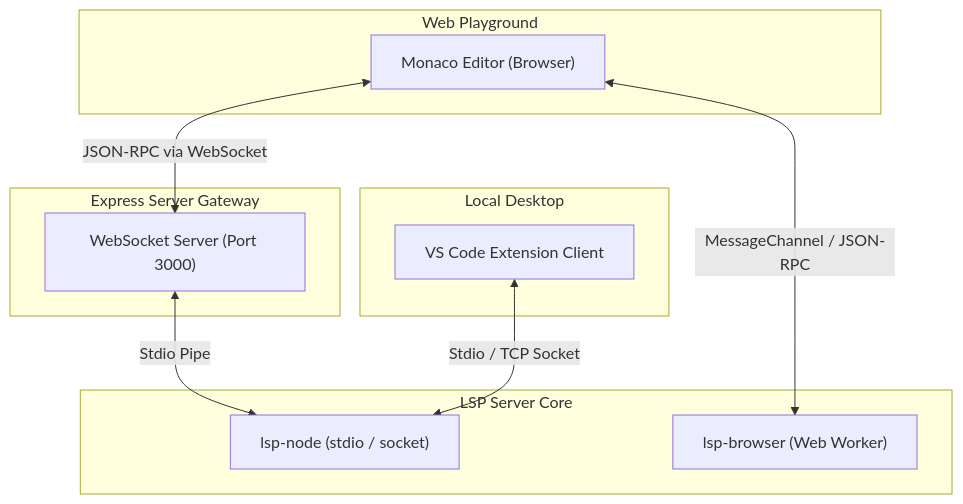
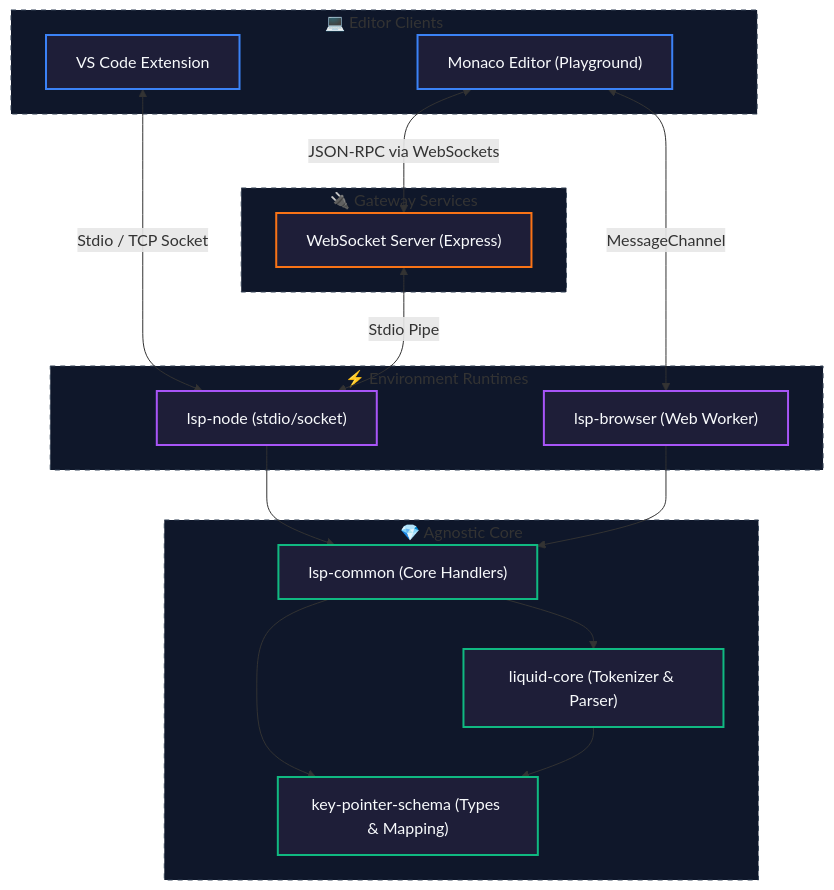
The diagram in README.md (sonuKumar03/liquid-lsp), drawn with Mermaid before and after one commit. The commit also changed other lines of this file, not shown here.

Commit message:
docs: beautify core README.md with grouped feature matrix and styled architecture diagram

````diff
--- a/README.md
+++ b/README.md
@@ -19,24 +23,46 @@
 ```mermaid
 flowchart TD
-    subgraph Browser ["Web Playground"]
-        Monaco["Monaco Editor (Browser)"]
+    %% Custom Styling
+    classDef client fill:#1e1e38,stroke:#3b82f6,stroke-width:2px,color:#f8fafc;
+    classDef gateway fill:#1e1e38,stroke:#f97316,stroke-width:2px,color:#f8fafc;
+    classDef runtime fill:#1e1e38,stroke:#a855f7,stroke-width:2px,color:#f8fafc;
+    classDef core fill:#1e1e38,stroke:#10b981,stroke-width:2px,color:#f8fafc;
+
+    subgraph Clients ["💻 Editor Clients"]
+        VSC["VS Code Extension"]:::client
+        Monaco["Monaco Editor (Playground)"]:::client
     end
 
-    subgraph Editor ["Local Desktop"]
-        VSC["VS Code Extension Client"]
+    subgraph Gateway ["🔌 Gateway Services"]
+        WS["WebSocket Server (Express)"]:::gateway
     end
 
-    subgraph Gateway ["Express Server Gateway"]
-        WS["WebSocket Server (Port 3000)"]
+    subgraph Runtimes ["⚡ Environment Runtimes"]
+        LSPNode["lsp-node (stdio/socket)"]:::runtime
+        Worker["lsp-browser (Web Worker)"]:::runtime
     end
 
-    subgraph Engine ["LSP Server Core"]
-        LSP["lsp-node (stdio / socket)"]
-        Worker["lsp-browser (Web Worker)"]
+    subgraph CoreEngine ["💎 Agnostic Core"]
+        LSPCommon["lsp-common (Core Handlers)"]:::core
+        LiquidCore["liquid-core (Tokenizer & Parser)"]:::core
+        Schema["key-pointer-schema (Types & Mapping)"]:::core
     end
 
-    Monaco <-->|"MessageChannel / JSON-RPC"| Worker
-    Monaco <-->|"JSON-RPC via WebSocket"| WS
-    WS <-->|"Stdio Pipe"| LSP
-    VSC <-->|"Stdio / TCP Socket"| LSP
+    %% Client communication
+    VSC <-->|"Stdio / TCP Socket"| LSPNode
+    Monaco <-->|"JSON-RPC via WebSockets"| WS
+    Monaco <-->|"MessageChannel"| Worker
+    WS <-->|"Stdio Pipe"| LSPNode
+
+    %% Core dependencies
+    LSPNode --> LSPCommon
+    Worker --> LSPCommon
+    LSPCommon --> LiquidCore
+    LSPCommon --> Schema
+    LiquidCore --> Schema
+
+    style Clients fill:#0f172a,stroke:#334155,stroke-dasharray: 5 5;
+    style Gateway fill:#0f172a,stroke:#334155,stroke-dasharray: 5 5;
+    style Runtimes fill:#0f172a,stroke:#334155,stroke-dasharray: 5 5;
+    style CoreEngine fill:#0f172a,stroke:#334155,stroke-dasharray: 5 5;
 ```
````
